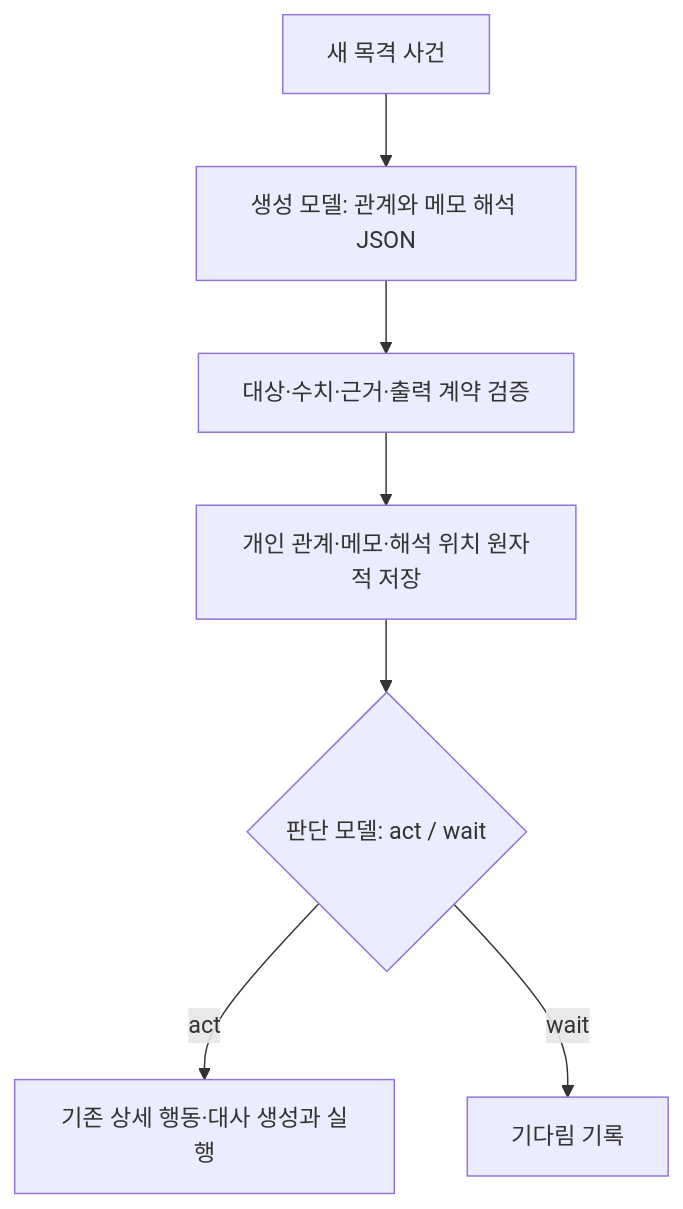
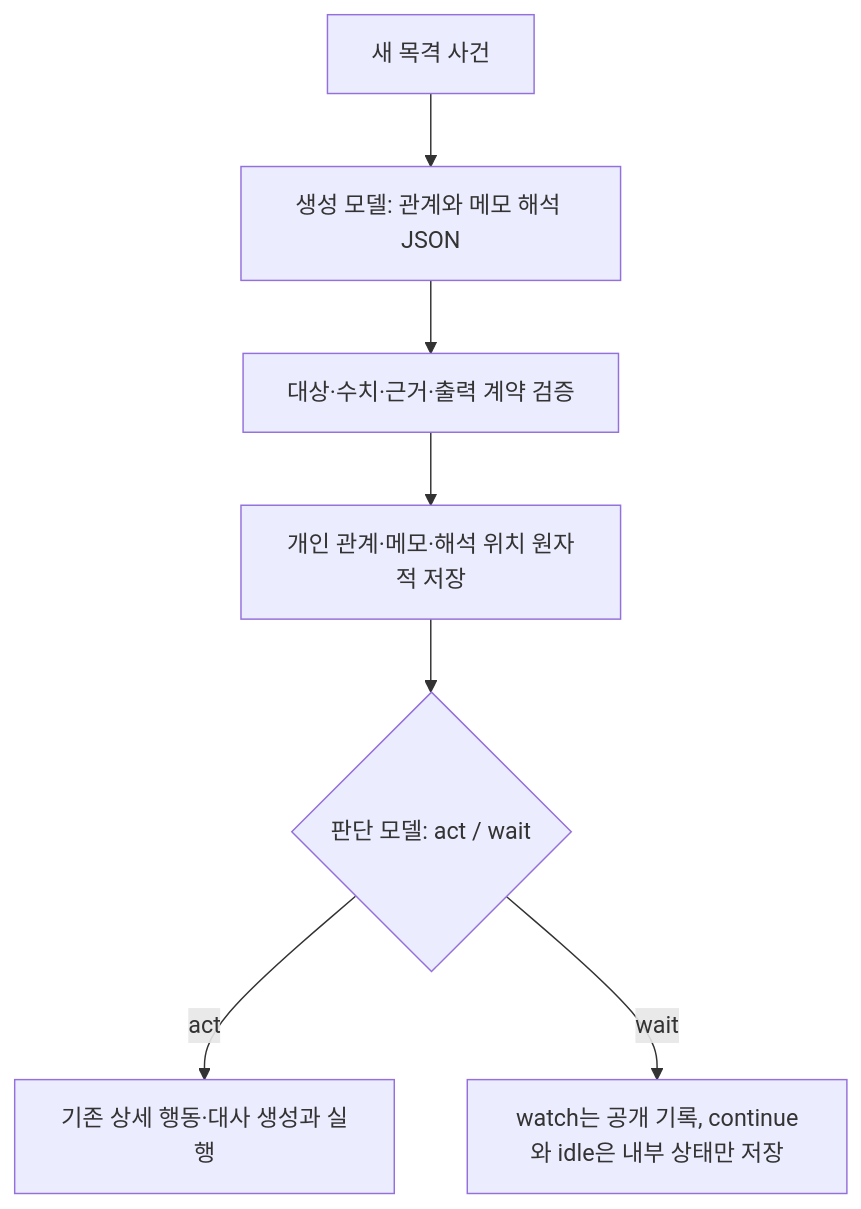
The diagram in docs/CHARACTER_RELATIONSHIPS.md (snowmerak/newera), drawn with Mermaid before and after one commit. The commit also changed other lines of this file and 23 other files, not shown here.

````diff
--- a/docs/CHARACTER_RELATIONSHIPS.md
+++ b/docs/CHARACTER_RELATIONSHIPS.md
@@ -45,9 +45,9 @@
 ```mermaid
 flowchart TD
   E[새 목격 사건] --> R[생성 모델: 관계와 메모 해석 JSON]
   R --> V[대상·수치·근거·출력 계약 검증]
   V --> C[개인 관계·메모·해석 위치 원자적 저장]
   C --> D{판단 모델: act / wait}
   D -->|act| G[기존 상세 행동·대사 생성과 실행]
-  D -->|wait| W[기다림 기록]
+  D -->|wait| W[watch는 공개 기록, continue와 idle은 내부 상태만 저장]
 ```
````
